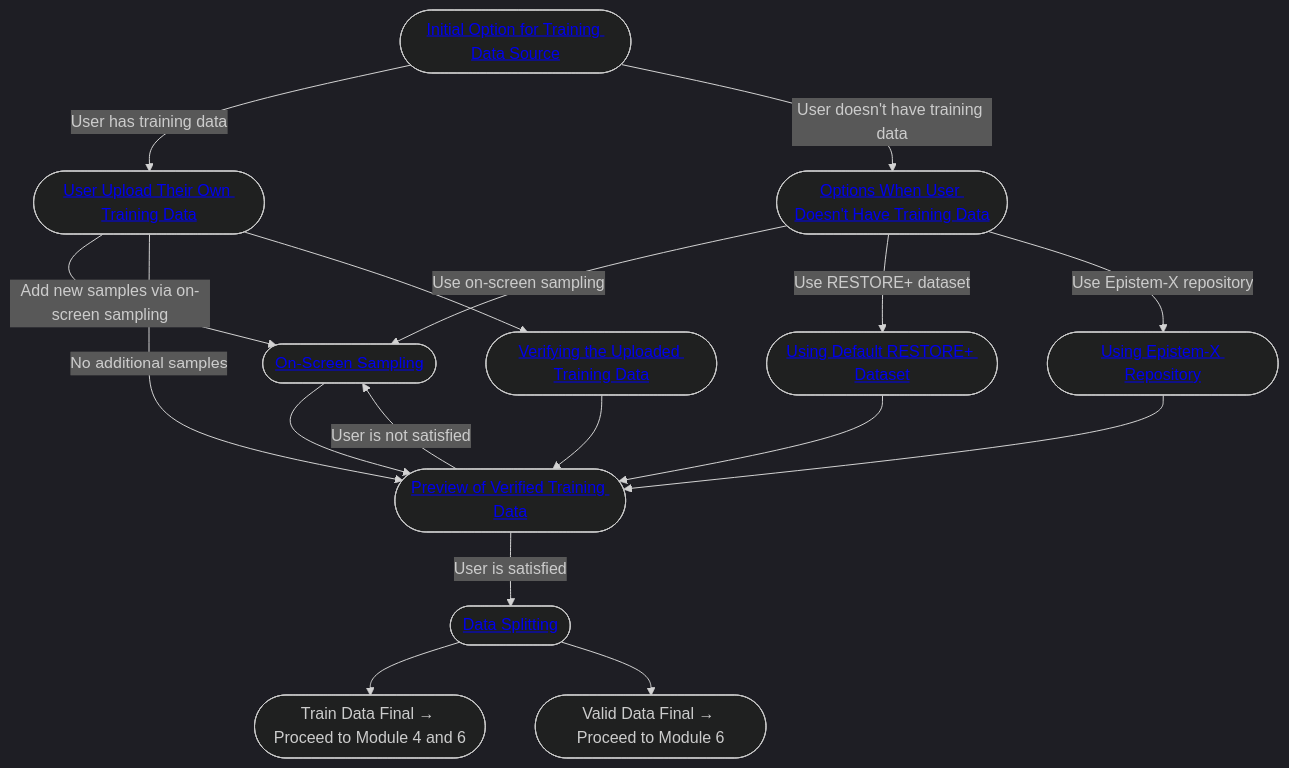
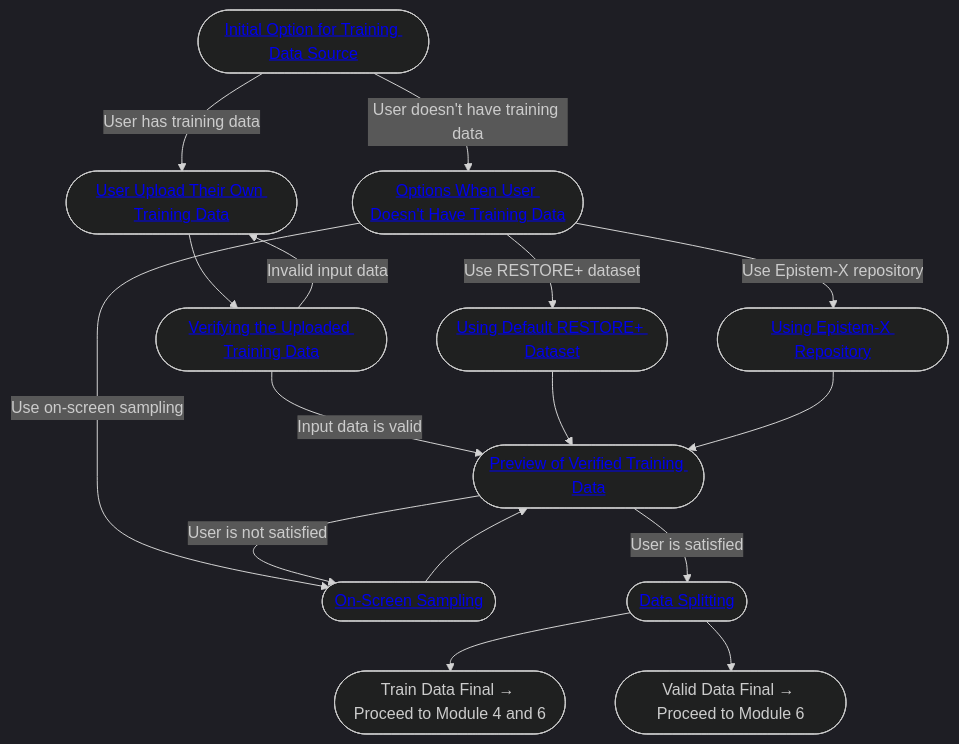
Before and after one commit to epistem-io/epistemx-technical-documentation: the diagram in module03.qmd, drawn with Mermaid (dark theme). The commit also changed other lines of this file, not shown here.

Commit message:
mermaid flow chart revision module 3

````diff
--- a/module03.qmd
+++ b/module03.qmd
@@ -35,37 +35,36 @@
 ```{mermaid}
 flowchart TD
 
 A([<a href="#sec-initial-option-for-training-data-source">Initial Option for Training Data Source</a>])
 B([<a href="#sec-user-upload-their-own-training-data">User Upload Their Own Training Data</a>])
 C([<a href="#sec-options-when-user-doesnt-have-training-data">Options When User Doesn't Have Training Data</a>])
 D([<a href="#sec-on-screen-sampling">On-Screen Sampling</a>])
 E([<a href="#sec-using-default-restore-dataset">Using Default RESTORE+ Dataset</a>])
 F([<a href="#sec-using-epistem-x-repository">Using Epistem-X Repository</a>])
 G([<a href="#sec-preview-of-verified-training-data">Preview of Verified Training Data</a>])
 H([<a href="#sec-data-splitting">Data Splitting</a>])
 I([Train Data Final → Proceed to Module 4 and 6])
 J([Valid Data Final → Proceed to Module 6])
 K([<a href="#sec-verifying-the-uploaded-training-data">Verifying the Uploaded Training Data</a>])
 
 %% Flow connections
 A -->|User has training data| B
 A -->|User doesn't have training data| C
 
-B -->|Add new samples via on-screen sampling| D
-B -->|No additional samples| G
 B --> K
-K --> G
+K --> |Invalid input data| B
+K --> |Input data is valid| G
 
 C -->|Use on-screen sampling| D
 C -->|Use RESTORE+ dataset| E
 C -->|Use Epistem-X repository| F
 
 D --> G
 E --> G
 F --> G
 H --> I
 H --> J
 
 G -->|User is satisfied| H
 G -->|User is not satisfied| D
 ```
````
